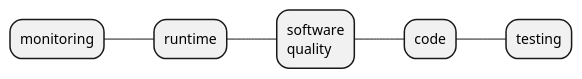
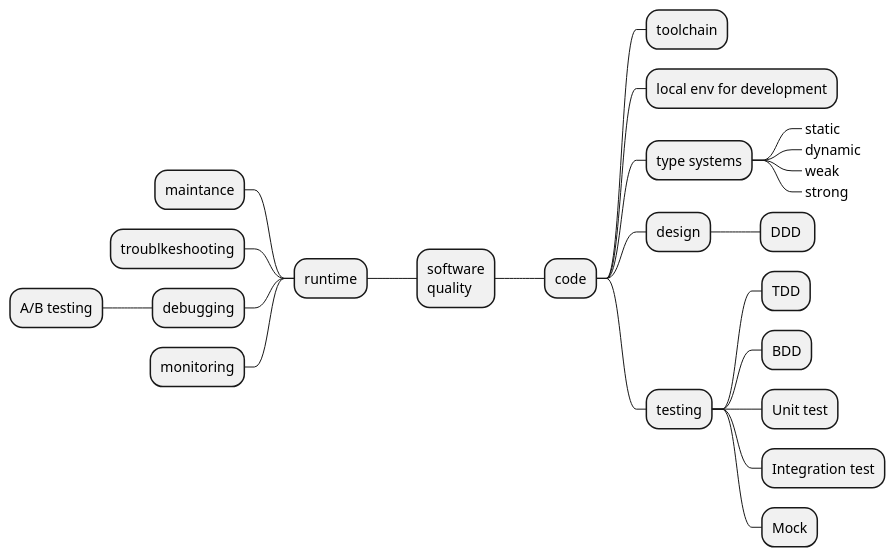
The diagram in software-quality-roadmap.iuml (levplotkin/code-quality-roadmap), drawn with PlantUML before and after one commit.

```diff
--- a/software-quality-roadmap.iuml
+++ b/software-quality-roadmap.iuml
@@ -1,10 +1,25 @@
 @startmindmap
-
 + software\nquality
 ++ code
++++ toolchain
++++ local env for development
++++ type systems
+++++_ static
+++++_ dynamic
+++++_ weak
+++++_ strong
++++ design
+++++ DDD 
 +++ testing
-
+++++ TDD
+++++ BDD
+++++ Unit test
+++++ Integration test
+++++ Mock
 -- runtime
+--- maintance
+--- troublkeshooting
+--- debugging
+---- A/B testing
 --- monitoring
-
 @endmindmap
```
